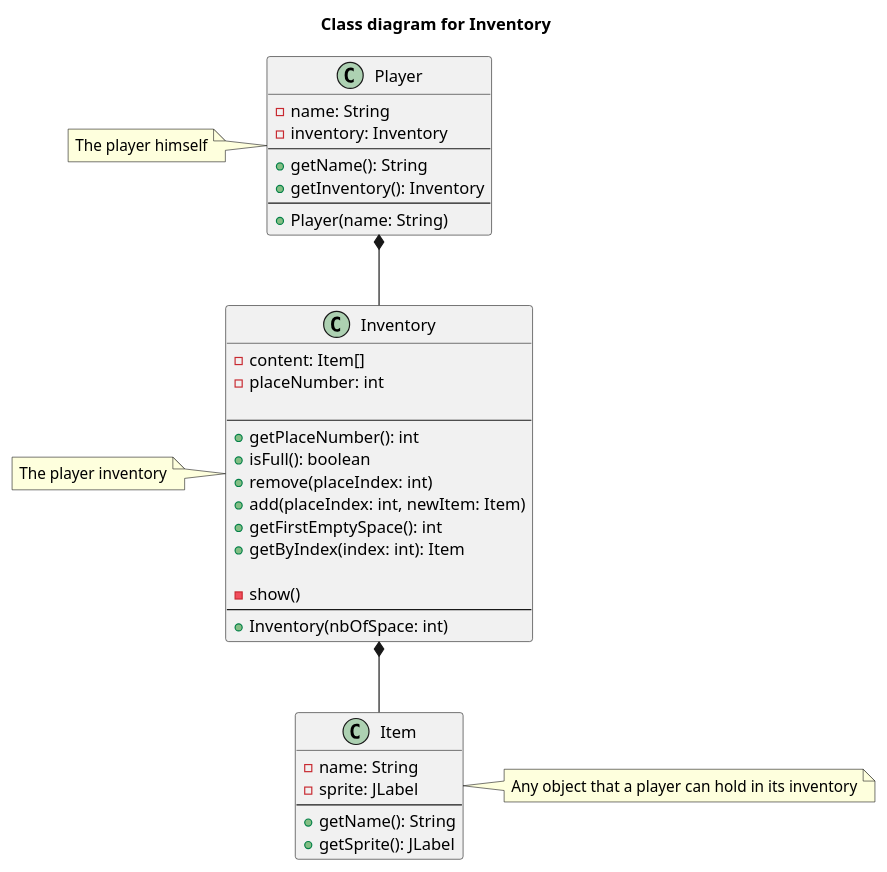
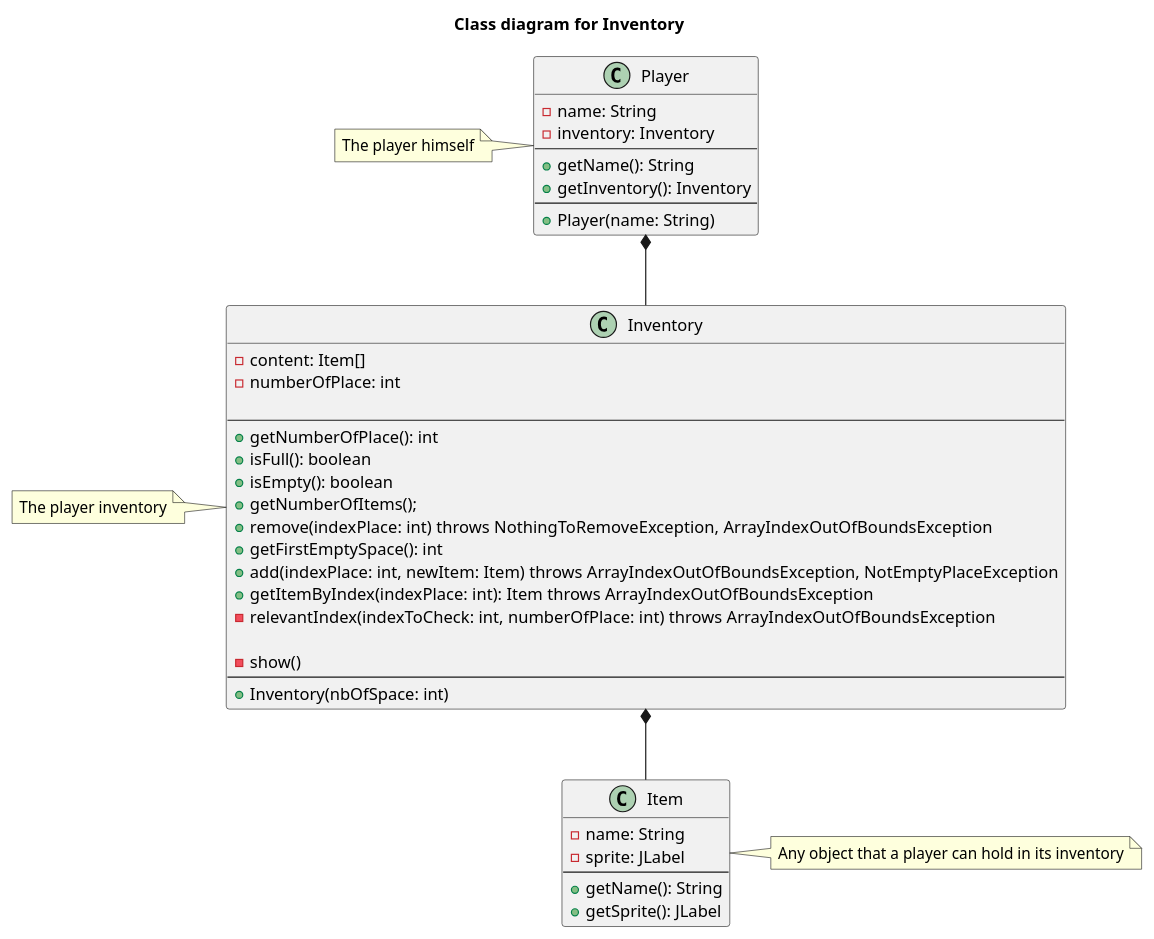
Before and after one commit to Yanis-Kouidri/pixel-adventurer: the diagram in src/gameengine/inventory/UML/Inventory.puml, drawn with PlantUML. The commit also changed 5 other files, not shown here.

```diff
--- a/src/gameengine/inventory/UML/Inventory.puml
+++ b/src/gameengine/inventory/UML/Inventory.puml
@@ -1,51 +1,54 @@
 @startuml
 'https://plantuml.com/class-diagram
 
 title "Class diagram for Inventory"
 
 class Player {
 - name: String
 - inventory: Inventory
 ----
 + getName(): String
 + getInventory(): Inventory
 ----
 + Player(name: String)
 }
 note left : The player himself
 
 class Inventory {
 - content: Item[]
-- placeNumber: int
+- numberOfPlace: int
 
 ----
-+ getPlaceNumber(): int
++ getNumberOfPlace(): int
 + isFull(): boolean
-+ remove(placeIndex: int)
-+ add(placeIndex: int, newItem: Item)
++ isEmpty(): boolean
++ getNumberOfItems();
++ remove(indexPlace: int) throws NothingToRemoveException, ArrayIndexOutOfBoundsException
 + getFirstEmptySpace(): int
 ' Get the index of the first free space of inventory
-+ getByIndex(index: int): Item
++ add(indexPlace: int, newItem: Item) throws ArrayIndexOutOfBoundsException, NotEmptyPlaceException
++ getItemByIndex(indexPlace: int): Item throws ArrayIndexOutOfBoundsException
+- relevantIndex(indexToCheck: int, numberOfPlace: int) throws ArrayIndexOutOfBoundsException
 
 - show()
 'Print the inventory on the console to debug
 ----
 + Inventory(nbOfSpace: int)
 }
 note left : The player inventory
 
 class Item {
 - name: String
 - sprite: JLabel
 ----
 + getName(): String
 + getSprite(): JLabel
 }
 note right : Any object that a player can hold in its inventory
 
 
 Inventory *-- Item
 Player *-- Inventory
 
 
 @enduml
```
